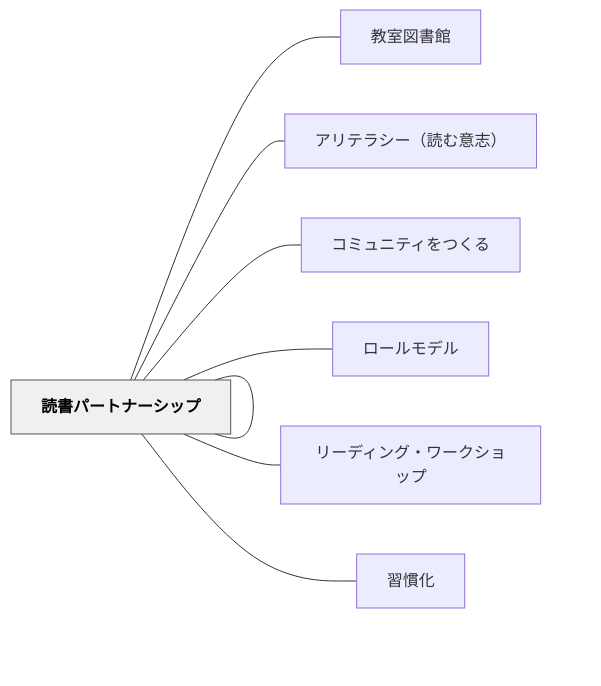
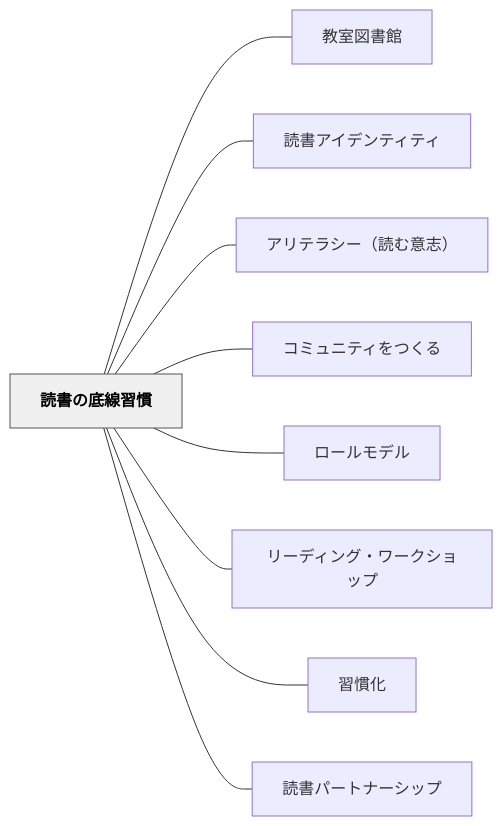
Before and after one commit to unknownthings-ed-patterns/unknownthings-ed-patterns: the diagram in content/パタン/読書の底線習慣.md, drawn with Mermaid. The commit also changed 527 other files, not shown here.

````diff
--- a/content/パタン/読書の底線習慣.md
+++ b/content/パタン/読書の底線習慣.md
@@ -110,24 +110,24 @@
 ```mermaid
 flowchart LR
-    ne8aaade69bb8["読書の底線習慣"]
-    ne69599e5aea4["教室図書館"]
-    ne8aaade69bb8["読書アイデンティティ"]
-    ne382a2e383aa["アリテラシー（読む意志）"]
-    ne382b3e3839f["コミュニティをつくる"]
-    ne383ade383bc["ロールモデル"]
-    ne383aae383bc["リーディング・ワークショップ"]
-    ne7bf92e685a3["習慣化"]
-    ne8aaade69bb8["読書パートナーシップ"]
+    ne8aaade69bb8e381aee5ba95e7b79ae7bf92e685a3["読書の底線習慣"]
+    ne69599e5aea4e59bb3e69bb8e9a4a8["教室図書館"]
+    ne8aaade69bb8e382a2e382a4e38387e383b3e38386e382a3e38386e382a3["読書アイデンティティ"]
+    ne382a2e383aae38386e383a9e382b7e383bcefbc88e8aaade38280e6848fe5bf97efbc89["アリテラシー（読む意志）"]
+    ne382b3e3839fe383a5e3838be38386e382a3e38292e381a4e3818fe3828b["コミュニティをつくる"]
+    ne383ade383bce383abe383a2e38387e383ab["ロールモデル"]
+    ne383aae383bce38387e382a3e383b3e382b0e383bbe383afe383bce382afe382b7e383a7e38383e38397["リーディング・ワークショップ"]
+    ne7bf92e685a3e58c96["習慣化"]
+    ne8aaade69bb8e38391e383bce38388e3838ae383bce382b7e38383e38397["読書パートナーシップ"]
 
-    ne8aaade69bb8 --- ne69599e5aea4
-    ne8aaade69bb8 --- ne8aaade69bb8
-    ne8aaade69bb8 --- ne382a2e383aa
-    ne8aaade69bb8 --- ne382b3e3839f
-    ne8aaade69bb8 --- ne383ade383bc
-    ne8aaade69bb8 --- ne383aae383bc
-    ne8aaade69bb8 --- ne7bf92e685a3
-    ne8aaade69bb8 --- ne8aaade69bb8
+    ne8aaade69bb8e381aee5ba95e7b79ae7bf92e685a3 --- ne69599e5aea4e59bb3e69bb8e9a4a8
+    ne8aaade69bb8e381aee5ba95e7b79ae7bf92e685a3 --- ne8aaade69bb8e382a2e382a4e38387e383b3e38386e382a3e38386e382a3
+    ne8aaade69bb8e381aee5ba95e7b79ae7bf92e685a3 --- ne382a2e383aae38386e383a9e382b7e383bcefbc88e8aaade38280e6848fe5bf97efbc89
+    ne8aaade69bb8e381aee5ba95e7b79ae7bf92e685a3 --- ne382b3e3839fe383a5e3838be38386e382a3e38292e381a4e3818fe3828b
+    ne8aaade69bb8e381aee5ba95e7b79ae7bf92e685a3 --- ne383ade383bce383abe383a2e38387e383ab
+    ne8aaade69bb8e381aee5ba95e7b79ae7bf92e685a3 --- ne383aae383bce38387e382a3e383b3e382b0e383bbe383afe383bce382afe382b7e383a7e38383e38397
+    ne8aaade69bb8e381aee5ba95e7b79ae7bf92e685a3 --- ne7bf92e685a3e58c96
+    ne8aaade69bb8e381aee5ba95e7b79ae7bf92e685a3 --- ne8aaade69bb8e38391e383bce38388e3838ae383bce382b7e38383e38397
 
     classDef hub fill:#f0f0f0,stroke:#555,color:#000,font-weight:bold
-    class ne8aaade69bb8 hub
+    class ne8aaade69bb8e381aee5ba95e7b79ae7bf92e685a3 hub
 ```
````
